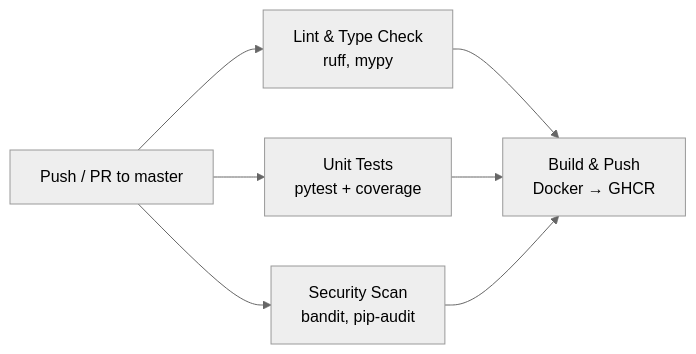
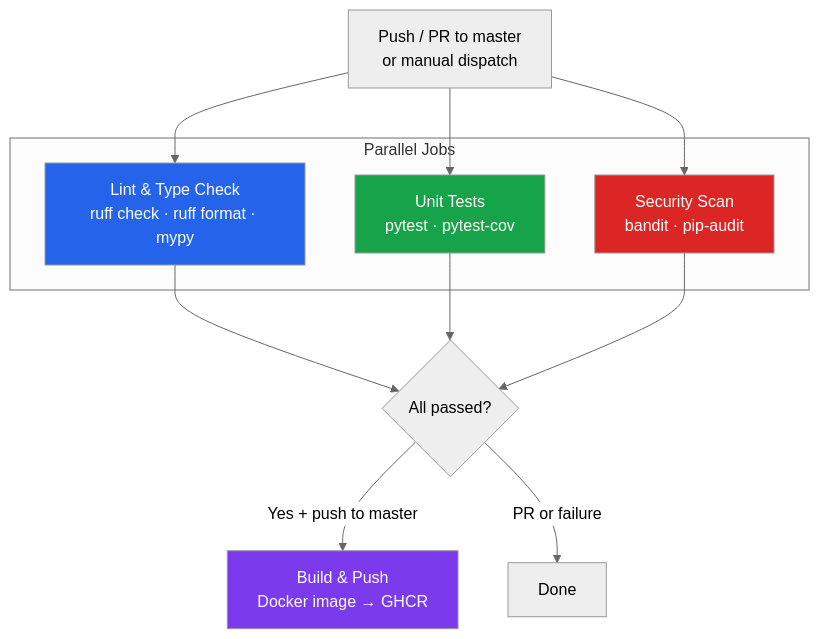
Before and after one commit to Airlectric/Amalitech_CI-CD-and-Workflow-Automation_Mini-Data-Mart: the sixth of 6 diagrams in README.md, drawn with Mermaid (neutral theme). The commit also changed other lines of this file and 26 other files, not shown here.

````diff
--- a/README.md
+++ b/README.md
@@ -560,7 +560,26 @@
 ```mermaid
-flowchart LR
-    Push["Push / PR to master"] --> Lint["Lint & Type Check<br/>ruff, mypy"]
-    Push --> Unit["Unit Tests<br/>pytest + coverage"]
-    Push --> Security["Security Scan<br/>bandit, pip-audit"]
-    Lint & Unit & Security --> Build["Build & Push<br/>Docker → GHCR"]
+flowchart TD
+    Trigger["Push / PR to master<br/>or manual dispatch"]
+
+    Trigger --> Lint
+    Trigger --> Tests
+    Trigger --> Security
+
+    subgraph Parallel["Parallel Jobs"]
+        Lint["Lint & Type Check<br/>ruff check · ruff format · mypy"]
+        Tests["Unit Tests<br/>pytest · pytest-cov"]
+        Security["Security Scan<br/>bandit · pip-audit"]
+    end
+
+    Lint --> Gate{All passed?}
+    Tests --> Gate
+    Security --> Gate
+
+    Gate -->|Yes + push to master| Build["Build & Push<br/>Docker image → GHCR"]
+    Gate -->|PR or failure| Stop["Done"]
+
+    style Lint fill:#2563eb,color:#fff
+    style Tests fill:#16a34a,color:#fff
+    style Security fill:#dc2626,color:#fff
+    style Build fill:#7c3aed,color:#fff
 ```
````
